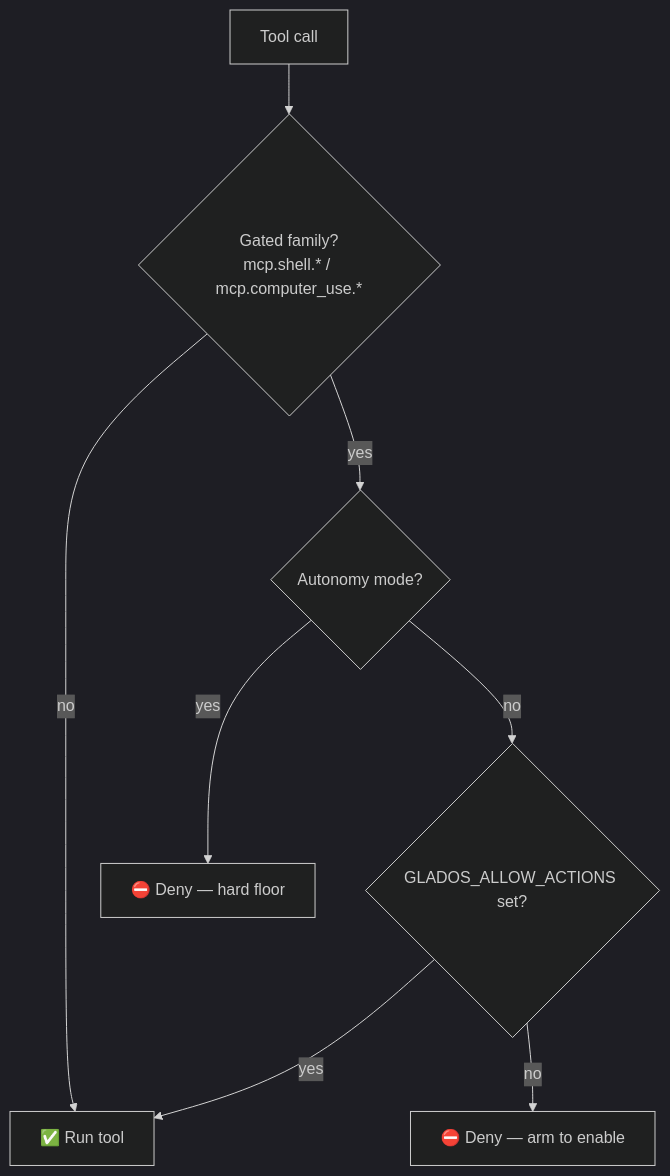
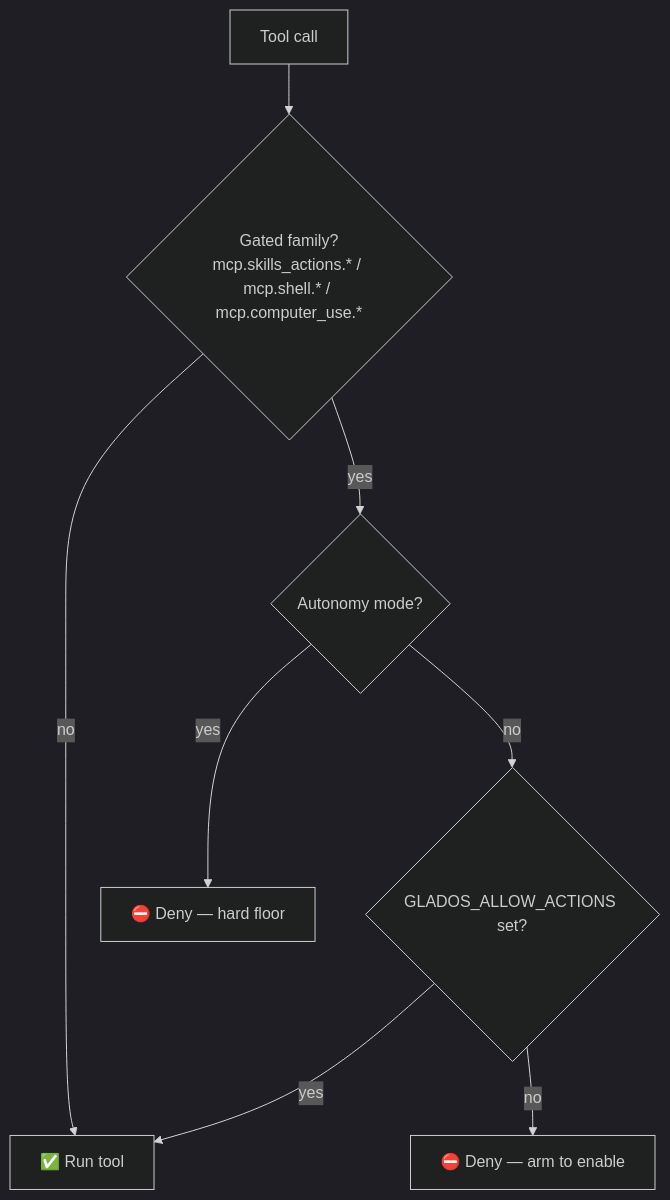
The third of 3 diagrams in README.md (itsDigvijaysing/AI_Linux_Assistant), drawn with Mermaid (dark theme) before and after one commit. The commit also changed other lines of this file and 4 other files, not shown here.

````diff
--- a/README.md
+++ b/README.md
@@ -146,10 +156,10 @@
 ```mermaid
 flowchart TD
-    A["Tool call"] --> B{"Gated family?<br/>mcp.shell.* / mcp.computer_use.*"}
+    A["Tool call"] --> B{"Gated family?<br/>mcp.skills_actions.* / mcp.shell.* / mcp.computer_use.*"}
     B -->|"no"| RUN["✅ Run tool"]
     B -->|"yes"| C{"Autonomy mode?"}
     C -->|"yes"| HF["⛔ Deny — hard floor"]
     C -->|"no"| D{"GLADOS_ALLOW_ACTIONS set?"}
     D -->|"yes"| RUN
     D -->|"no"| AD["⛔ Deny — arm to enable"]
 ```
````
